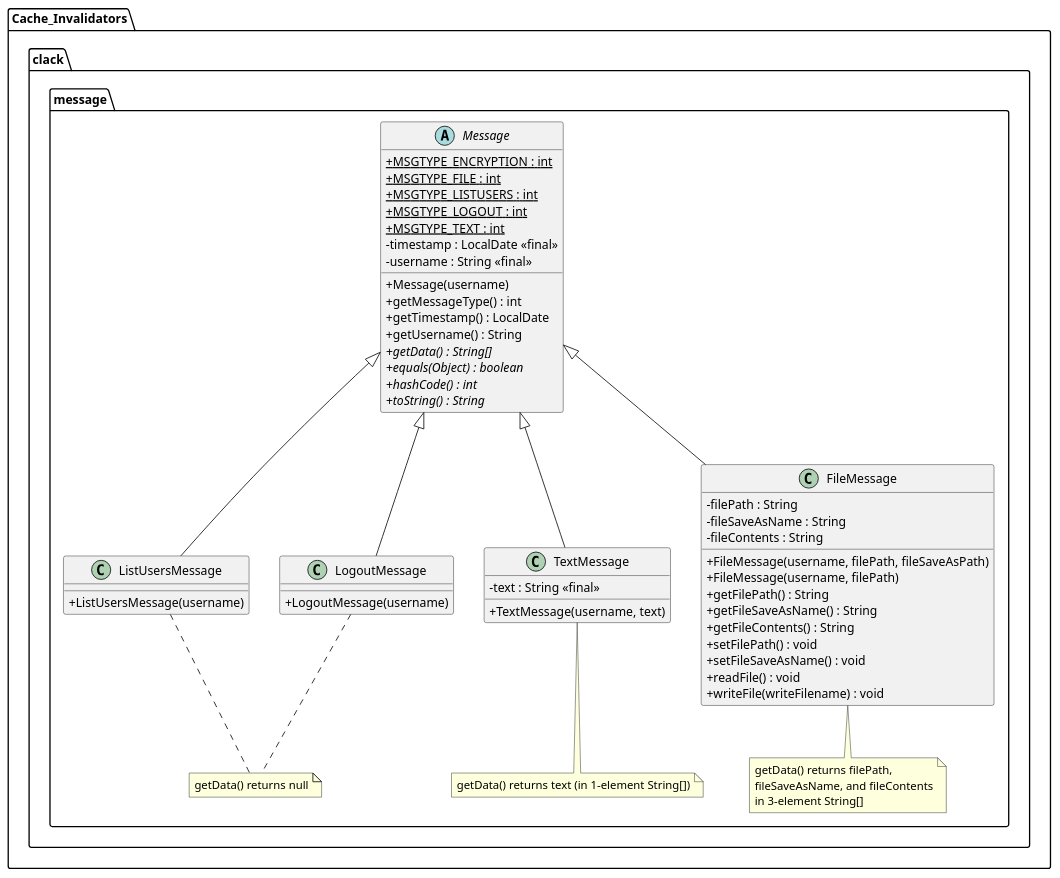
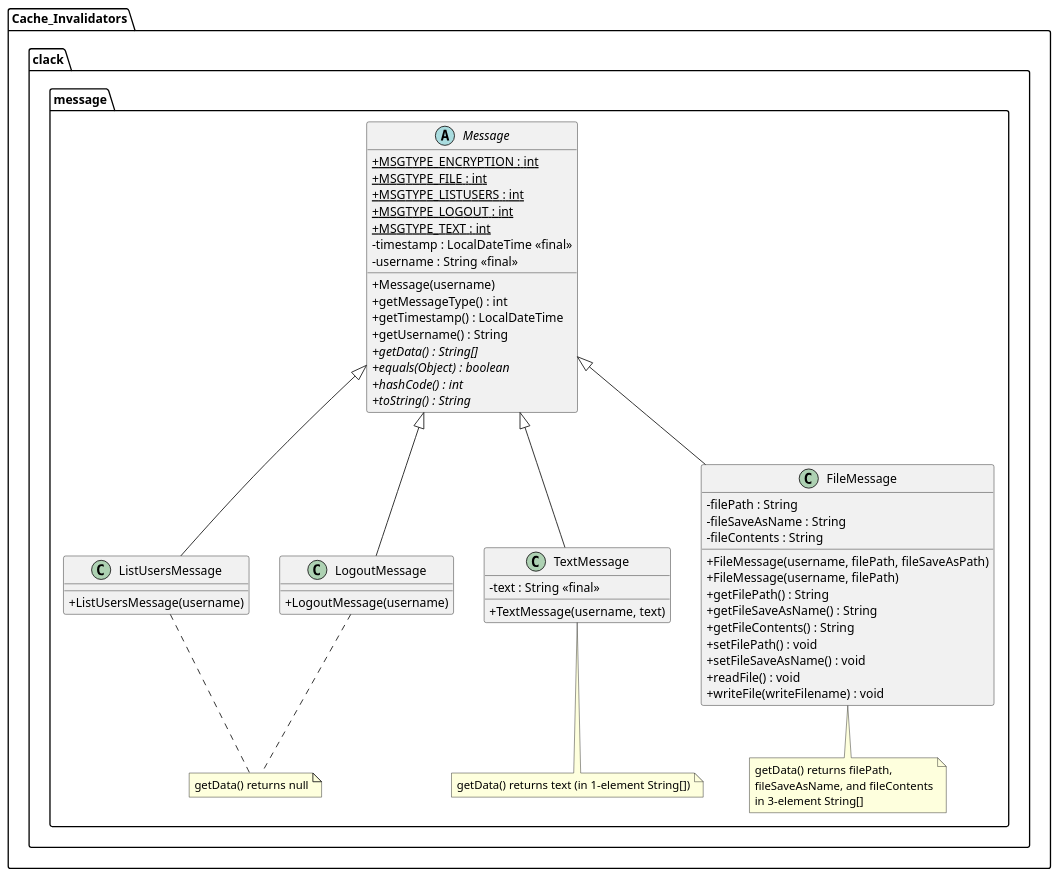
The diagram in design/message_design.puml (ArtGithubW/CS242_ClackProject), drawn with PlantUML before and after one commit. The commit also changed 8 other files, not shown here.

```diff
--- a/design/message_design.puml
+++ b/design/message_design.puml
@@ -1,71 +1,71 @@
 @startuml
 skinparam classAttributeIconSize 0
 
 package Cache_Invalidators.clack.message{
     Message <|-- ListUsersMessage
     Message <|-- LogoutMessage
     Message <|-- TextMessage
     Message <|-- FileMessage
 
     abstract class Message {
         + {static} MSGTYPE_ENCRYPTION : int
         + {static} MSGTYPE_FILE : int
         + {static} MSGTYPE_LISTUSERS : int
         + {static} MSGTYPE_LOGOUT : int
         + {static} MSGTYPE_TEXT : int
-        - timestamp : LocalDate <<final>>
+        - timestamp : LocalDateTime <<final>>
         - username : String <<final>>
         + Message(username)
         + getMessageType() : int
-        + getTimestamp() : LocalDate
+        + getTimestamp() : LocalDateTime
         + getUsername() : String
         + {abstract} getData() : String[]
         + {abstract} equals(Object) : boolean
         + {abstract} hashCode() : int
         + {abstract} toString() : String
     }
 
     class ListUsersMessage {
         + ListUsersMessage(username)
     }
 
     class LogoutMessage {
         + LogoutMessage(username)
     }
 
     class TextMessage {
         - text : String <<final>>
         + TextMessage(username, text)
     }
     note bottom of TextMessage: getData() returns text (in 1-element String[])
 
     class FileMessage {
         - filePath : String
         - fileSaveAsName : String
         - fileContents : String
         + FileMessage(username, filePath, fileSaveAsPath)
         + FileMessage(username, filePath)
         + getFilePath() : String
         + getFileSaveAsName() : String
         + getFileContents() : String
         + setFilePath() : void
         + setFileSaveAsName() : void
         + readFile() : void
         + writeFile(writeFilename) : void
     }
     note bottom of FileMessage : getData() returns filePath,\nfileSaveAsName, and fileContents\nin 3-element String[]
 
     note "getData() returns null" as NoDataNote
     ListUsersMessage .. NoDataNote
     LogoutMessage .. NoDataNote
 
     /'
     note "toString returns\n{class=<i>classname</i>|timestamp=<i>timestamp</i>|...}" as ToStringNote
     ListUsersMessage .. ToStringNote
     LogoutMessage .. ToStringNote
     TextMessage .. ToStringNote
     FileMessage .. ToStringNote
     '/
 }
 
 @enduml
```
